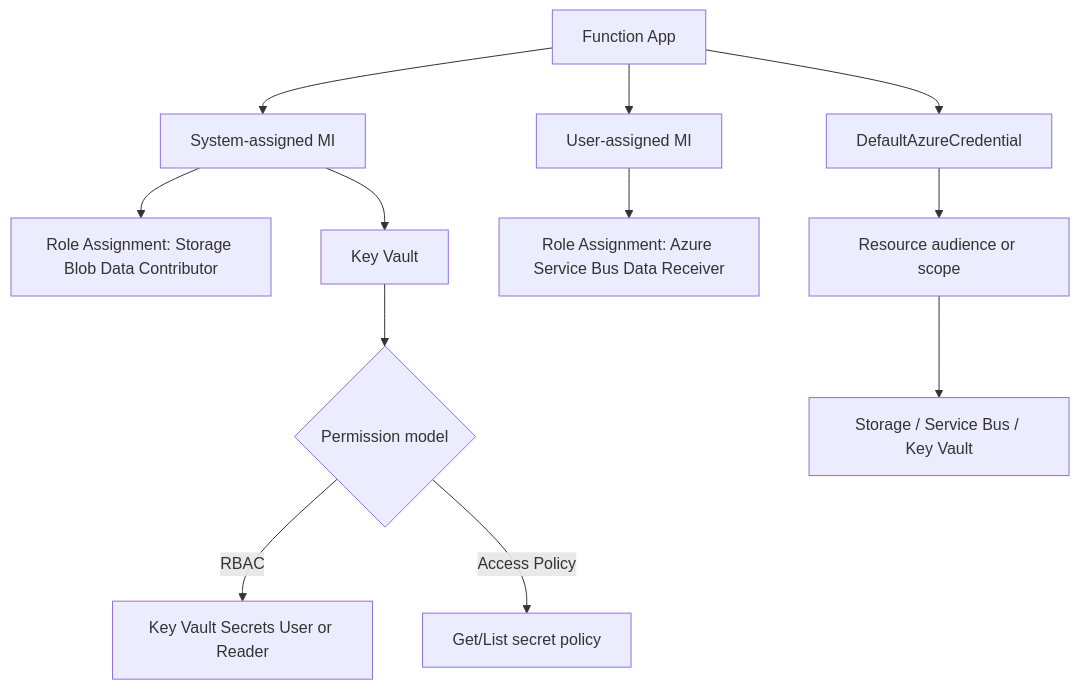
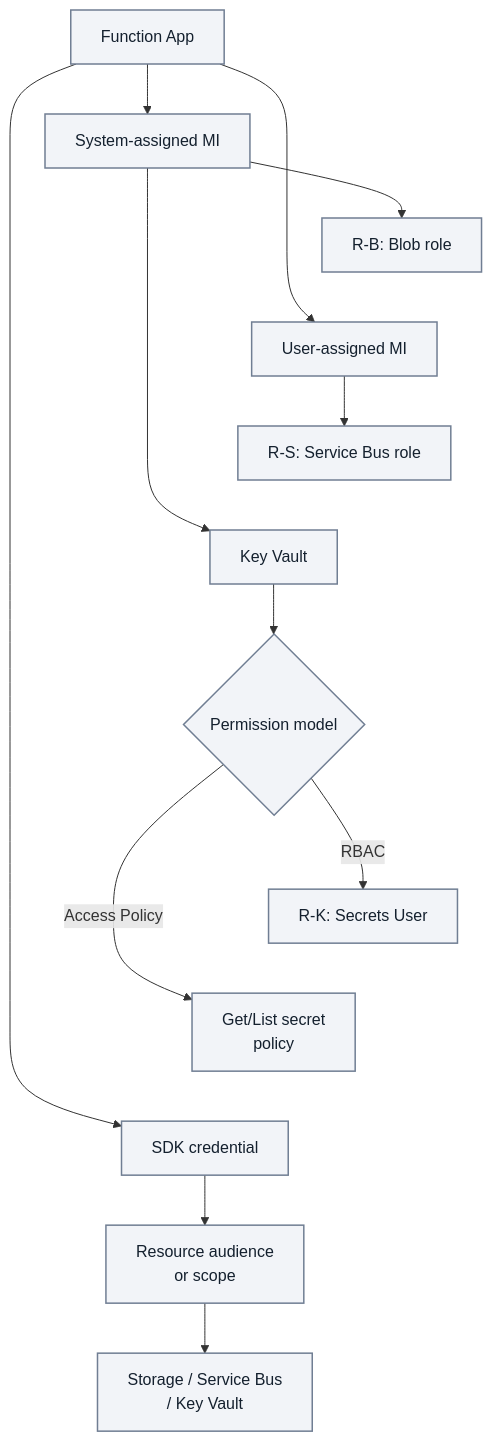
The third of 4 diagrams in docs/troubleshooting/playbooks/auth-config/managed-identity-rbac-failure.md (yeongseon/azure-functions-practical-guide), drawn with Mermaid before and after one commit. The commit also changed other lines of this file and 2 other files, not shown here.

First line of the commit message:
docs(diagrams): migrate Functions playbooks auth-config — app settings misconfiguration and managed identity rbac failure (#453)

````diff
--- a/docs/troubleshooting/playbooks/auth-config/managed-identity-rbac-failure.md
+++ b/docs/troubleshooting/playbooks/auth-config/managed-identity-rbac-failure.md
@@ -152,14 +194,23 @@
 ```mermaid
 flowchart TD
-    F[Function App] --> I[System-assigned MI]
-    F --> U[User-assigned MI]
-    I --> RBAC1[Role Assignment: Storage Blob Data Contributor]
-    U --> RBAC2[Role Assignment: Azure Service Bus Data Receiver]
+    accTitle: Identity and authorization examples
+    accDescr: Conceptual examples for system-assigned and user-assigned identities, Key Vault permission-model alternatives and SDK audience selection. The adjacent key expands role names; assignments are examples, not automatic permissions or a complete trigger-role prescription.
+    F["Function App"] --> I["System-assigned MI"]
+    F --> U["User-assigned MI"]
+    I --> RBAC1["R-B: Blob role"]
+    U --> RBAC2["R-S: Service Bus role"]
     I --> KV[Key Vault]
     KV --> MODE{Permission model}
-    MODE -->|RBAC| R1[Key Vault Secrets User or Reader]
-    MODE -->|Access Policy| P1["Get/List secret policy"]
-    F --> SDK[DefaultAzureCredential]
-    SDK --> AUD[Resource audience or scope]
-    AUD --> TARGET["Storage / Service Bus / Key Vault"]
+    MODE -->|RBAC| R1["R-K: Secrets User"]
+    MODE -->|Access Policy| P1["Get/List secret<br/>policy"]
+    F --> SDK["SDK credential"]
+    SDK --> AUD["Resource audience<br/>or scope"]
+    AUD --> TARGET["Storage / Service Bus<br/>/ Key Vault"]
+    %% Layout-only tiers add no authorization grants or transport hops.
+    RBAC1 ~~~ U
+    RBAC2 ~~~ KV
+    R1 ~~~ P1
+    P1 ~~~ SDK
+    classDef neutral fill:#f2f4f8,stroke:#707e93,stroke-width:1.5px,color:#14202e;
+    class F,I,U,RBAC1,RBAC2,KV,MODE,R1,P1,SDK,AUD,TARGET neutral;
 ```
````
